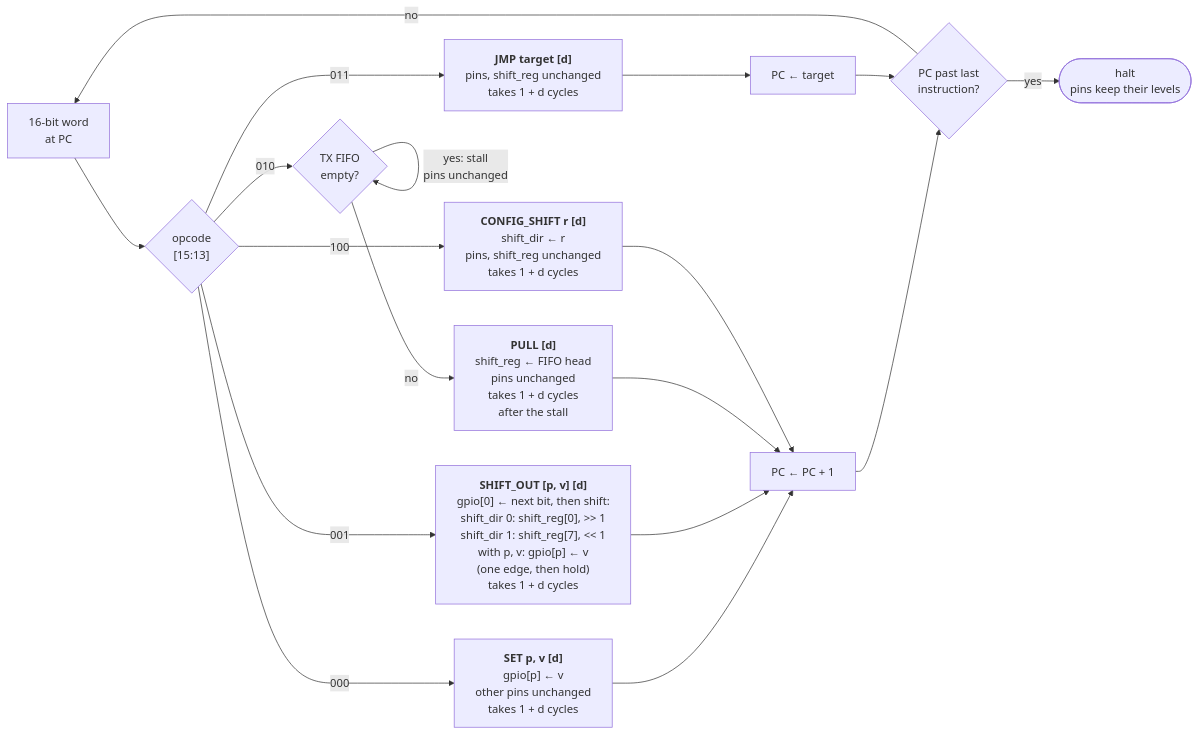
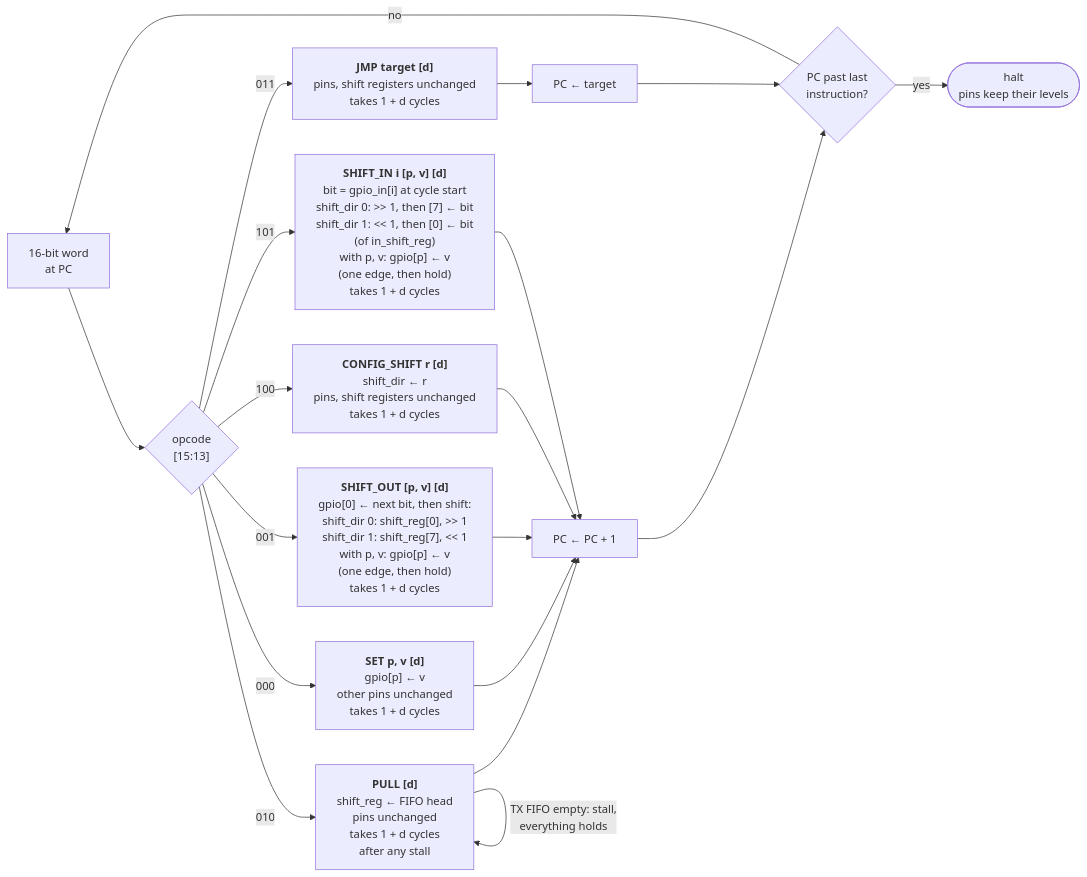
The diagram in docs/isa_execute.mmd (cshieldsce/smallcore), drawn with Mermaid before and after one commit. The commit also changed 9 other files, not shown here.

Commit message:
update diagrams for shift_in

```diff
--- a/docs/isa_execute.mmd
+++ b/docs/isa_execute.mmd
@@ -1,19 +1,20 @@
 %%{init: {"flowchart": {"wrappingWidth": 260}}}%%
 flowchart LR
   W["16-bit word<br/>at PC"] --> OP{"opcode<br/>[15:13]"}
+  OP -->|010| PULL["<b>PULL [d]</b><br/>shift_reg ← FIFO head<br/>pins unchanged<br/>takes 1 + d cycles<br/>after any stall"]
+  PULL -->|"TX FIFO empty: stall,<br/>everything holds"| PULL
   OP -->|000| SET["<b>SET p, v [d]</b><br/>gpio[p] ← v<br/>other pins unchanged<br/>takes 1 + d cycles"]
   OP -->|001| SHIFT["<b>SHIFT_OUT [p, v] [d]</b><br/>gpio[0] ← next bit, then shift:<br/>shift_dir 0: shift_reg[0], >> 1<br/>shift_dir 1: shift_reg[7], << 1<br/>with p, v: gpio[p] ← v<br/>(one edge, then hold)<br/>takes 1 + d cycles"]
-  OP -->|010| EMPTY{"TX FIFO<br/>empty?"}
-  EMPTY -->|"yes: stall<br/>pins unchanged"| EMPTY
-  EMPTY -->|no| PULL["<b>PULL [d]</b><br/>shift_reg ← FIFO head<br/>pins unchanged<br/>takes 1 + d cycles<br/>after the stall"]
-  OP -->|011| JMP["<b>JMP target [d]</b><br/>pins, shift_reg unchanged<br/>takes 1 + d cycles"]
-  OP -->|100| CFG["<b>CONFIG_SHIFT r [d]</b><br/>shift_dir ← r<br/>pins, shift_reg unchanged<br/>takes 1 + d cycles"]
-  SET --> NEXT["PC ← PC + 1"]
+  OP -->|011| JMP["<b>JMP target [d]</b><br/>pins, shift registers unchanged<br/>takes 1 + d cycles"]
+  OP -->|100| CFG["<b>CONFIG_SHIFT r [d]</b><br/>shift_dir ← r<br/>pins, shift registers unchanged<br/>takes 1 + d cycles"]
+  OP -->|101| SHIN["<b>SHIFT_IN i [p, v] [d]</b><br/>bit = gpio_in[i] at cycle start<br/>shift_dir 0: >> 1, then [7] ← bit<br/>shift_dir 1: << 1, then [0] ← bit<br/>(of in_shift_reg)<br/>with p, v: gpio[p] ← v<br/>(one edge, then hold)<br/>takes 1 + d cycles"]
+  PULL --> NEXT["PC ← PC + 1"]
+  SET --> NEXT
   SHIFT --> NEXT
-  PULL --> NEXT
   CFG --> NEXT
+  SHIN --> NEXT
   JMP --> JNEXT["PC ← target"]
   NEXT --> END{"PC past last<br/>instruction?"}
   JNEXT --> END
   END -->|no| W
   END -->|yes| HALT(["halt<br/>pins keep their levels"])
```
